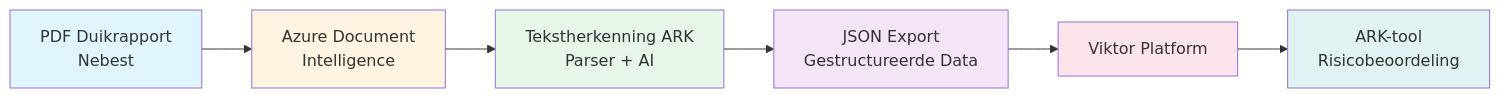
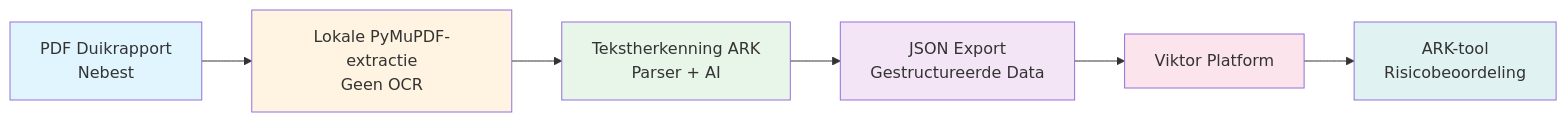
Before and after one commit to SammieKn/tekstherkenning-ark: the first of 2 diagrams in README.md, drawn with Mermaid. The commit also changed other lines of this file and 21 other files, not shown here.

````diff
--- a/README.md
+++ b/README.md
@@ -126,15 +123,15 @@
 ```mermaid
 graph LR
-    A[PDF Duikrapport<br/>Nebest] --> B[Azure Document<br/>Intelligence]
+    A[PDF Duikrapport<br/>Nebest] --> B[Lokale PyMuPDF-extractie<br/>Geen OCR]
     B --> C[Tekstherkenning ARK<br/>Parser + AI]
     C --> D[JSON Export<br/>Gestructureerde Data]
     D --> E[Viktor Platform]
     E --> F[ARK-tool<br/>Risicobeoordeling]
     
     style A fill:#e1f5ff
     style B fill:#fff4e1
     style C fill:#e8f5e9
     style D fill:#f3e5f5
     style E fill:#fce4ec
     style F fill:#e0f2f1
 ```
````
